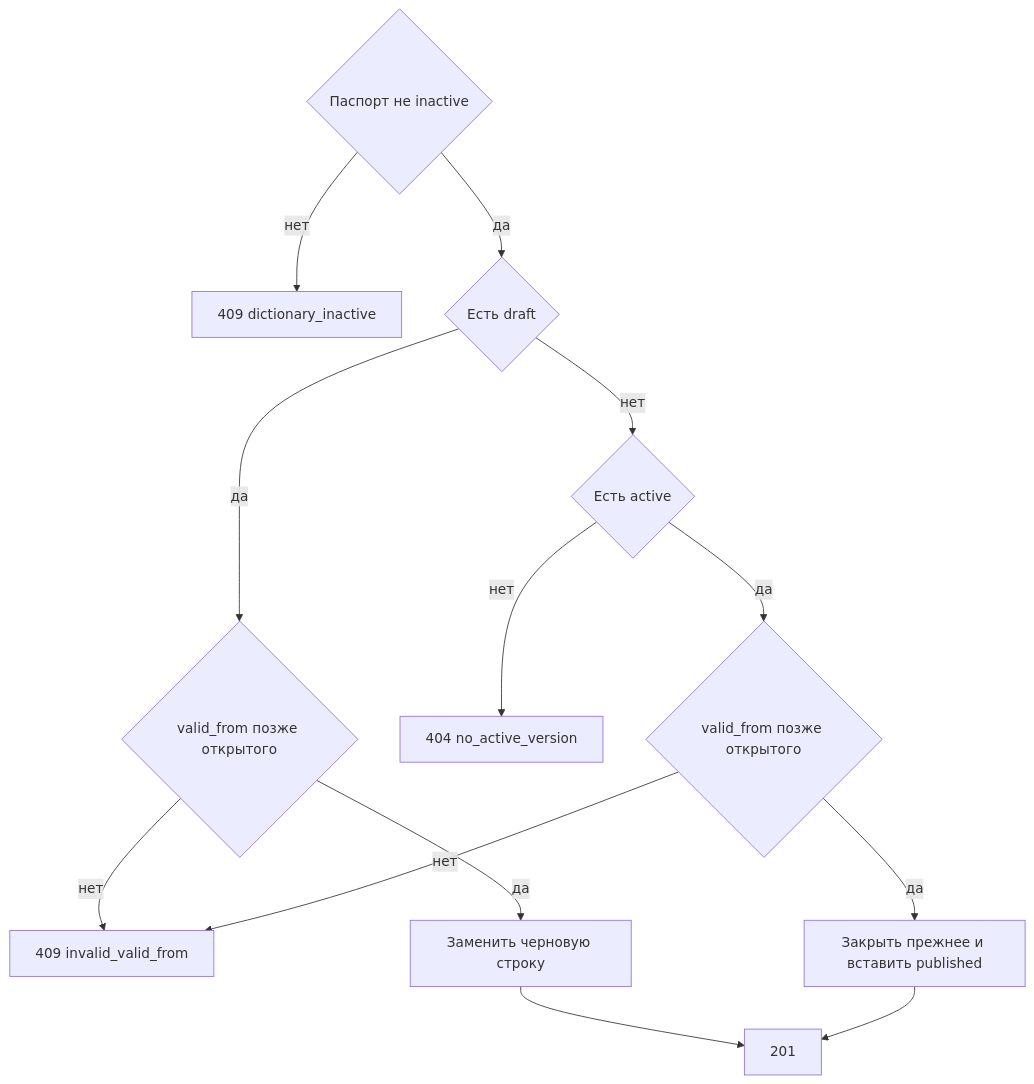
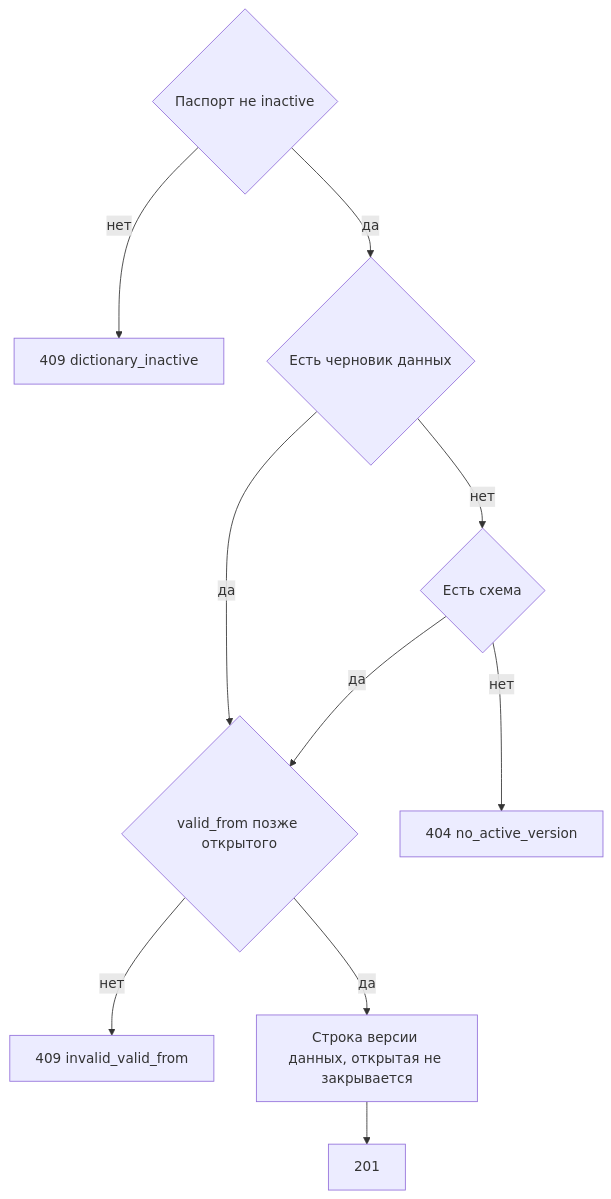
The diagram in docs/1. functional/specification/v3 - 1 таблица/api/management.api/DataController/post_row.md (StrannikE95/reference_data), drawn with Mermaid before and after one commit. The commit also changed other lines of this file and 20 other files, not shown here.

````diff
--- a/docs/1. functional/specification/v3 - 1 таблица/api/management.api/DataController/post_row.md
+++ b/docs/1. functional/specification/v3 - 1 таблица/api/management.api/DataController/post_row.md
@@ -83,15 +81,12 @@
 ```mermaid
 flowchart TD
   live{"Паспорт не inactive"} -->|нет| off["409 dictionary_inactive"]
-  live -->|да| hasDraft{"Есть draft"}
-  hasDraft -->|да| laterDraft{"valid_from позже открытого"}
-  laterDraft -->|нет| bad["409 invalid_valid_from"]
-  laterDraft -->|да| drow["Заменить черновую строку"]
-  hasDraft -->|нет| hasActive{"Есть active"}
-  hasActive -->|нет| noAct["404 no_active_version"]
-  hasActive -->|да| later{"valid_from позже открытого"}
-  later -->|нет| bad
-  later -->|да| close["Закрыть прежнее и вставить published"]
+  live -->|да| hasDraft{"Есть черновик данных"}
+  hasDraft -->|да| later{"valid_from позже открытого"}
+  hasDraft -->|нет| hasSchema{"Есть схема"}
+  hasSchema -->|нет| noAct["404 no_active_version"]
+  hasSchema -->|да| later
+  later -->|нет| bad["409 invalid_valid_from"]
+  later -->|да| drow["Строка версии данных, открытая не закрывается"]
   drow --> ok["201"]
-  close --> ok
 ```
````
